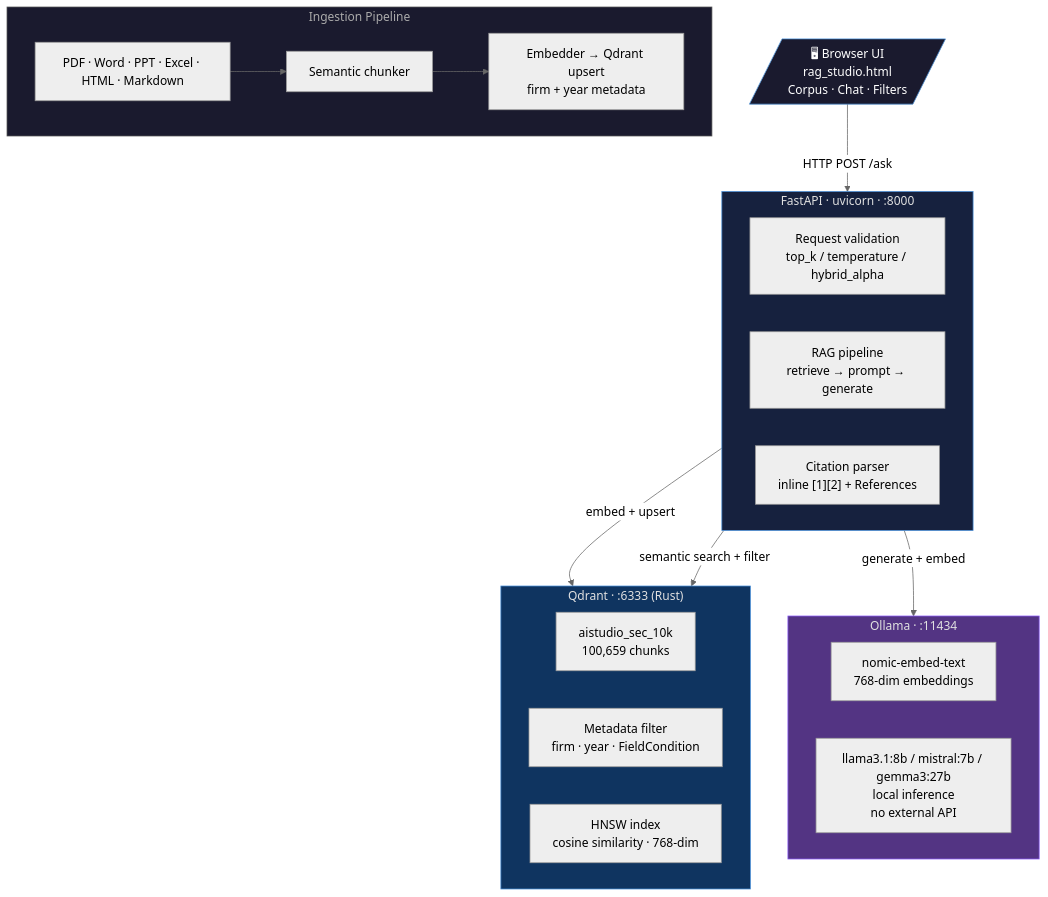
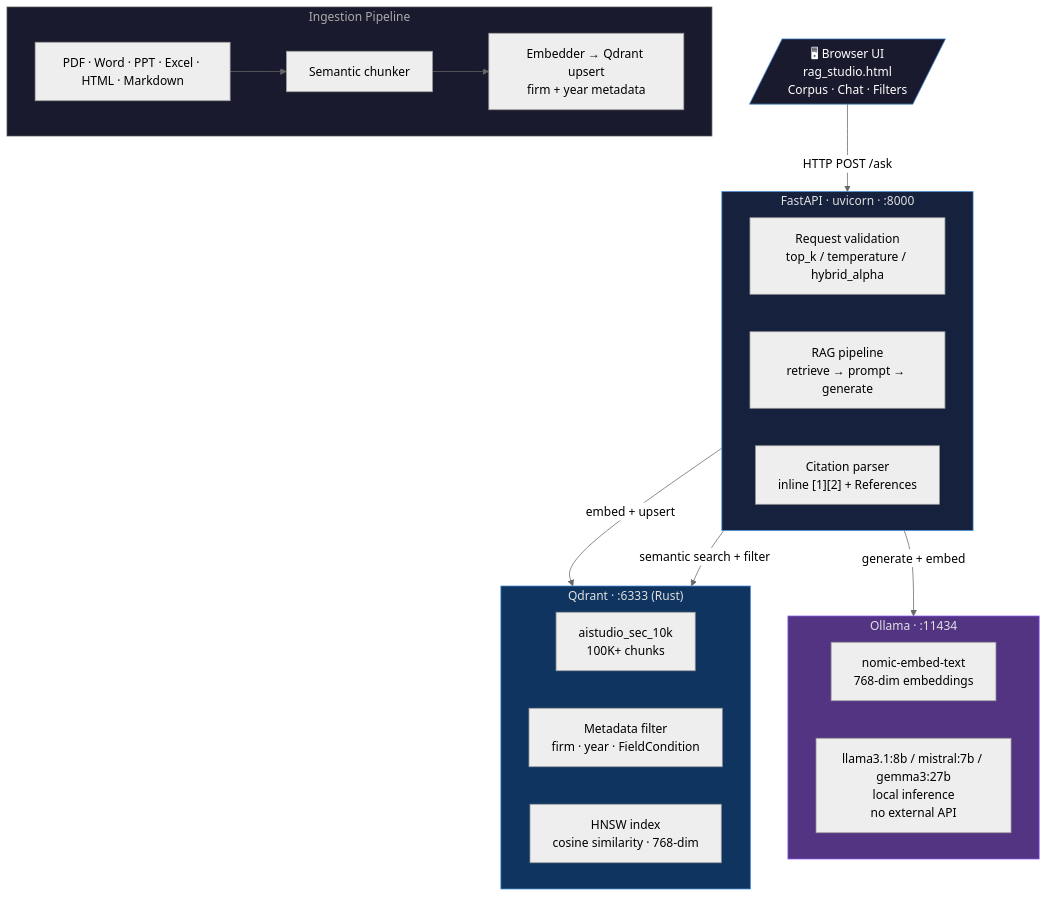
One commit to mbarberony/AIStudio changed the first of 2 diagrams in README.md. Above: the diagram before and after it, drawn with Mermaid (neutral theme). The commit also changed other lines of this file and 34 other files, not shown here.

````diff
--- a/README.md
+++ b/README.md
@@ -143,40 +143,40 @@
 ```mermaid
 flowchart TD
     UI[/"🖥 Browser UI\nrag_studio.html\nCorpus · Chat · Filters"/]
 
     UI -->|HTTP POST /ask| API
 
     subgraph API["FastAPI · uvicorn · :8000"]
         AV["Request validation\ntop_k / temperature / hybrid_alpha"]
         AR["RAG pipeline\nretrieve → prompt → generate"]
         AC["Citation parser\ninline [1][2] + References"]
     end
 
     API -->|embed + upsert| QD
     API -->|semantic search + filter| QD
     API -->|generate + embed| OL
 
     subgraph QD["Qdrant · :6333 (Rust)"]
-        QC["aistudio_sec_10k\n100,659 chunks"]
+        QC["aistudio_sec_10k\n100K+ chunks"]
         QF["Metadata filter\nfirm · year · FieldCondition"]
         QH["HNSW index\ncosine similarity · 768-dim"]
     end
 
     subgraph OL["Ollama · :11434"]
         OE["nomic-embed-text\n768-dim embeddings"]
         OM["llama3.1:8b / mistral:7b / gemma3:27b\nlocal inference\nno external API"]
     end
 
     subgraph ING["Ingestion Pipeline"]
         IN["PDF · Word · PPT · Excel · HTML · Markdown"]
         CH["Semantic chunker"]
         EM["Embedder → Qdrant upsert\nfirm + year metadata"]
         IN --> CH --> EM
     end
 
     style UI fill:#1a1a2e,stroke:#4a90d9,color:#ffffff
     style API fill:#16213e,stroke:#4a90d9,color:#e0e0e0
     style QD fill:#0f3460,stroke:#4a90d9,color:#e0e0e0
     style OL fill:#533483,stroke:#8b5cf6,color:#e0e0e0
     style ING fill:#1a1a2e,stroke:#555,color:#aaaaaa
 ```
````
